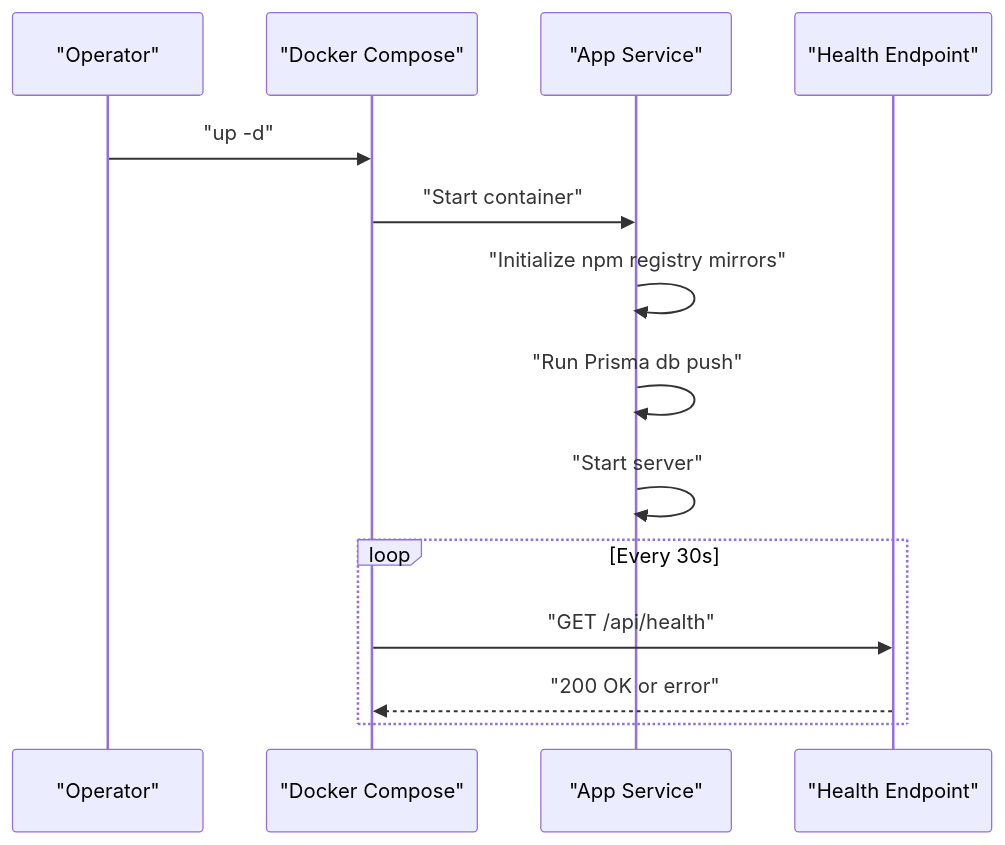
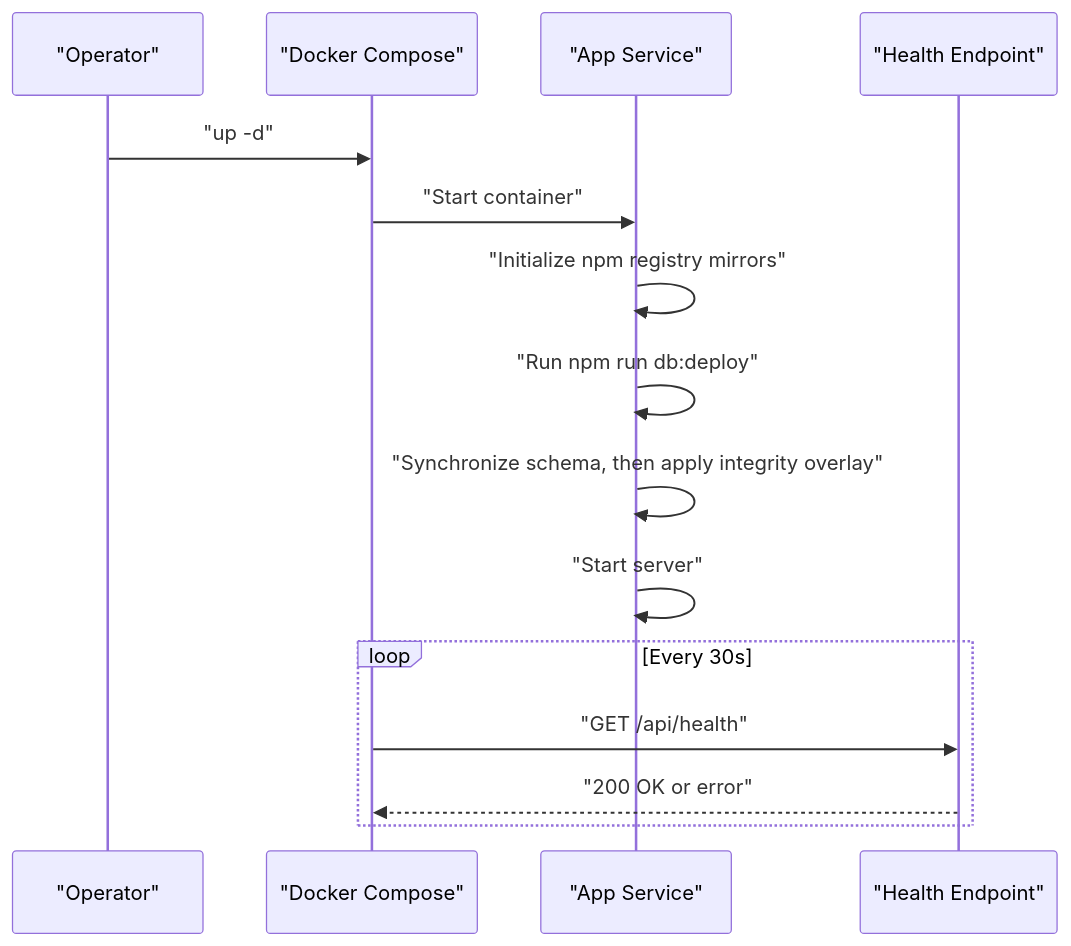
Before and after one commit to peixuanhu/goal-mate: the fourth of 9 diagrams in .qoder/repowiki/en/content/Deployment & Operations.md, drawn with Mermaid. The commit also changed other lines of this file and 1 other file, not shown here.

````diff
--- a/.qoder/repowiki/en/content/Deployment & Operations.md
+++ b/.qoder/repowiki/en/content/Deployment & Operations.md
@@ -189,16 +189,17 @@
 ```mermaid
 sequenceDiagram
 participant Admin as "Operator"
 participant Compose as "Docker Compose"
 participant App as "App Service"
 participant Health as "Health Endpoint"
 Admin->>Compose : "up -d"
 Compose->>App : "Start container"
 App->>App : "Initialize npm registry mirrors"
-App->>App : "Run Prisma db push"
+App->>App : "Run npm run db:deploy"
+App->>App : "Synchronize schema, then apply integrity overlay"
 App->>App : "Start server"
 loop Every 30s
 Compose->>Health : "GET /api/health"
 Health-->>Compose : "200 OK or error"
 end
 ```
````
